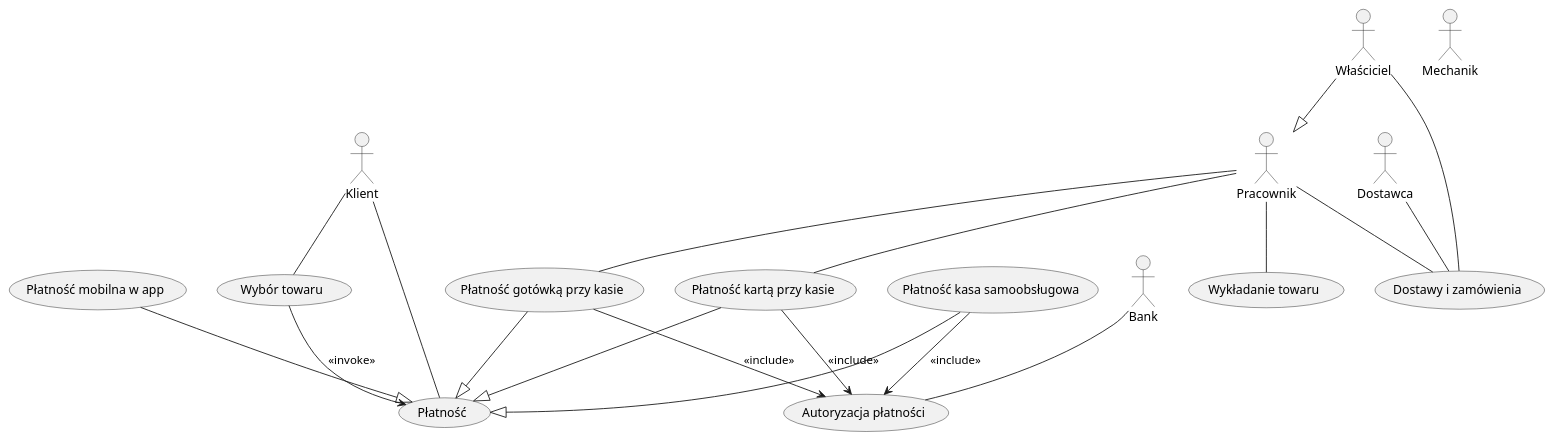
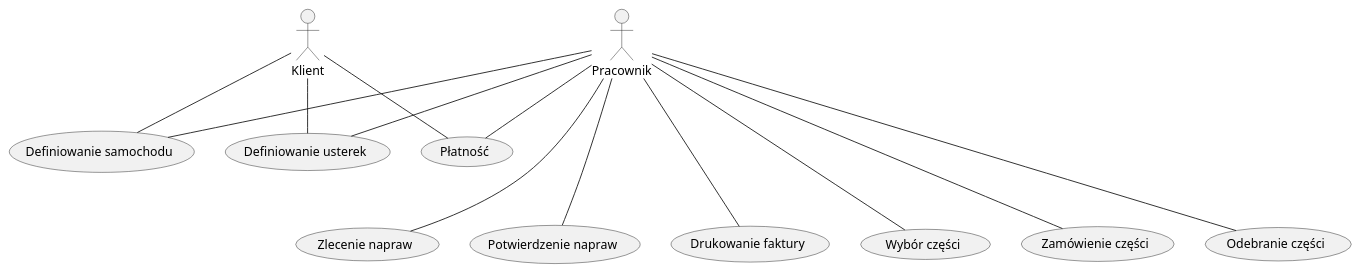
The diagram in Diagramy/SerwisSamochodowyUsecaseDiagram.plantuml (KamilDabkowski/SerwisSamochodowy), drawn with PlantUML before and after one commit.

Commit message:
usecase diagram

```diff
--- a/Diagramy/SerwisSamochodowyUsecaseDiagram.plantuml
+++ b/Diagramy/SerwisSamochodowyUsecaseDiagram.plantuml
@@ -1,42 +1,30 @@
 @startuml
 
 actor Klient 
-actor Mechanik
 actor Pracownik
-actor Właściciel
-actor Dostawca
-Właściciel --|> Pracownik
 
-usecase (Autoryzacja płatności)
-usecase (Wybór towaru)
+usecase (Definiowanie samochodu)
+usecase (Definiowanie usterek)
+usecase (Wybór części)
+usecase (Zamówienie części)
+usecase (Odebranie części)
+usecase (Zlecenie napraw)
+usecase (Potwierdzenie napraw)
+usecase (Drukowanie faktury)
 usecase (Płatność)
-usecase (Płatność kasa samoobsługowa)
-usecase (Płatność mobilna w app)
-usecase (Płatność kartą przy kasie)
-usecase (Płatność gotówką przy kasie)
-usecase (Wykładanie towaru)
-usecase (Dostawy i zamówienia) 
 
-(Płatność kasa samoobsługowa) --|> (Płatność)
-(Płatność mobilna w app) --|> (Płatność)
-(Płatność kartą przy kasie) --|> (Płatność)
-(Płatność gotówką przy kasie) --|> (Płatność)
-(Wybór towaru) --> (Płatność) :<<invoke>>
-(Płatność kartą przy kasie) --> (Autoryzacja płatności) : <<include>>
-(Płatność gotówką przy kasie) --> (Autoryzacja płatności) : <<include>>
-(Płatność kasa samoobsługowa) --> (Autoryzacja płatności) : <<include>>
-
-
-
-Bank -- (Autoryzacja płatności)
-Klient -- (Wybór towaru)
+Klient -- (Definiowanie samochodu)
+Klient -- (Definiowanie usterek)
 Klient -- (Płatność)
 
-Pracownik -- (Płatność kartą przy kasie)
-Pracownik -- (Płatność gotówką przy kasie)
-Pracownik -- (Wykładanie towaru)
-Pracownik -- (Dostawy i zamówienia)
-Właściciel -- (Dostawy i zamówienia)
-Dostawca -- (Dostawy i zamówienia)
+Pracownik -- (Definiowanie samochodu)
+Pracownik -- (Definiowanie usterek)
+Pracownik --- (Wybór części)
+Pracownik --- (Zamówienie części)
+Pracownik --- (Odebranie części)
+Pracownik --- (Zlecenie napraw)
+Pracownik --- (Potwierdzenie napraw)
+Pracownik --- (Drukowanie faktury)
+Pracownik -- (Płatność)
 
 @enduml
```
